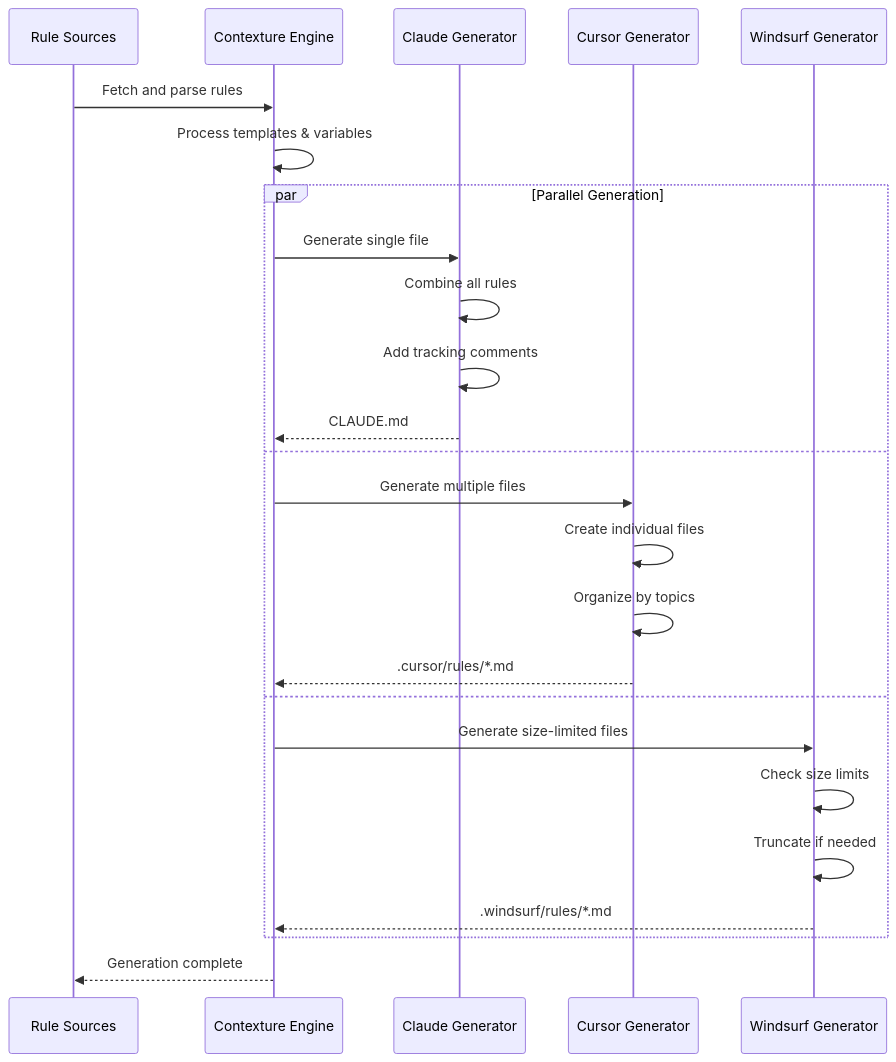
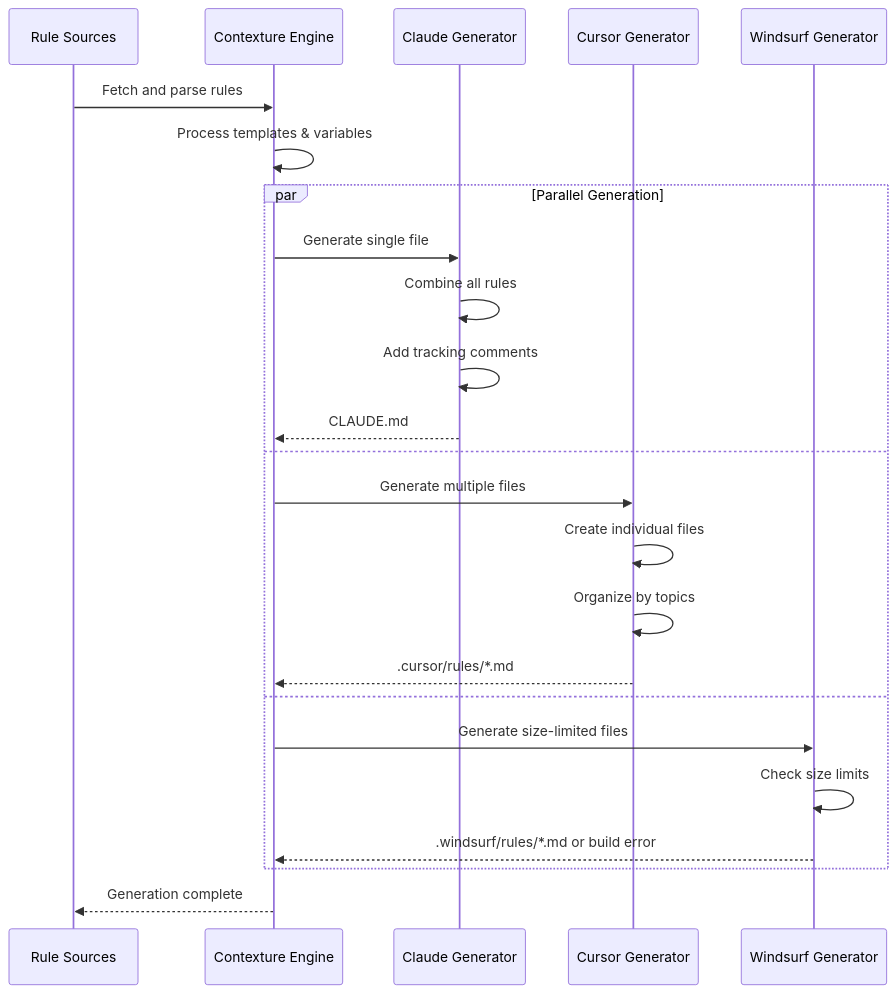
One commit to contextureai/contexture changed the diagram in docs/core-concepts/formats.md. Above: the diagram before and after it, drawn with Mermaid. The commit also changed other lines of this file and 13 other files, not shown here.

````diff
--- a/docs/core-concepts/formats.md
+++ b/docs/core-concepts/formats.md
@@ -174,30 +173,29 @@
 ```mermaid
 sequenceDiagram
     participant Rules as Rule Sources
     participant Engine as Contexture Engine
     participant Claude as Claude Generator
     participant Cursor as Cursor Generator
     participant Windsurf as Windsurf Generator
 
     Rules->>Engine: Fetch and parse rules
     Engine->>Engine: Process templates & variables
 
     par Parallel Generation
         Engine->>Claude: Generate single file
         Claude->>Claude: Combine all rules
         Claude->>Claude: Add tracking comments
         Claude-->>Engine: CLAUDE.md
     and
         Engine->>Cursor: Generate multiple files
         Cursor->>Cursor: Create individual files
         Cursor->>Cursor: Organize by topics
         Cursor-->>Engine: .cursor/rules/*.md
     and
         Engine->>Windsurf: Generate size-limited files
         Windsurf->>Windsurf: Check size limits
-        Windsurf->>Windsurf: Truncate if needed
-        Windsurf-->>Engine: .windsurf/rules/*.md
+        Windsurf-->>Engine: .windsurf/rules/*.md or build error
     end
 
     Engine-->>Rules: Generation complete
 ```
````
